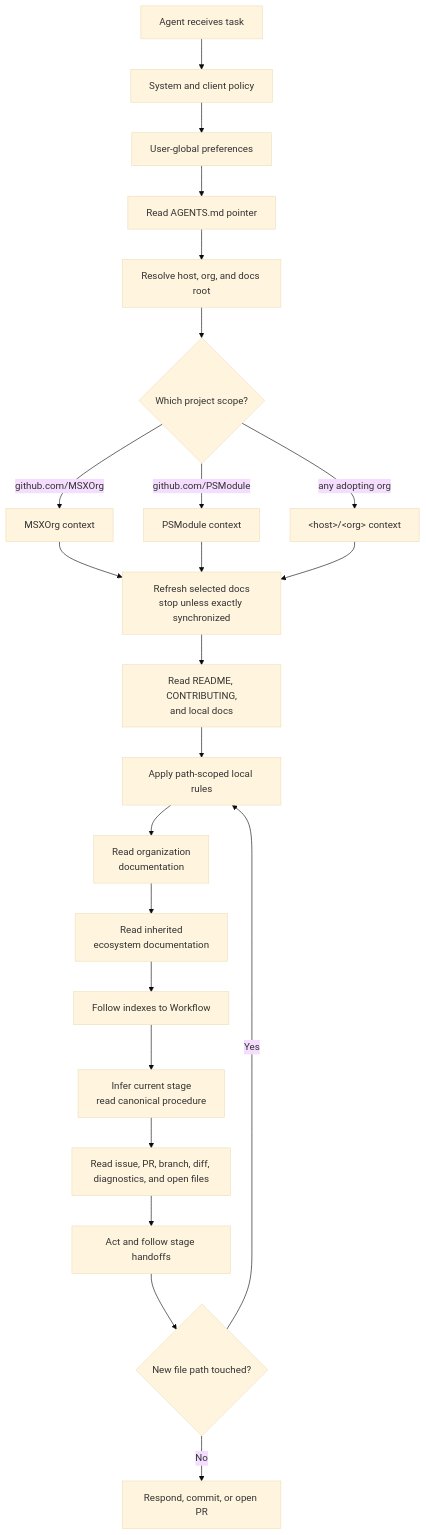
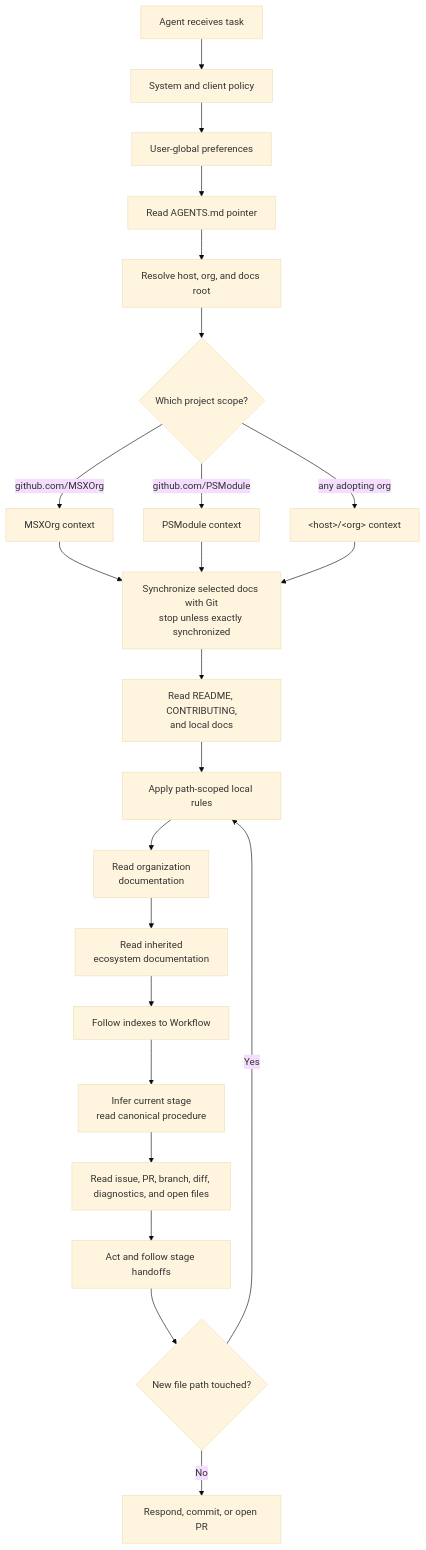
The diagram in src/docs/Capabilities/agentic-development/design.md (MSXOrg/docs), drawn with Mermaid (base theme) before and after one commit. The commit also changed other lines of this file and 11 other files, not shown here.

````diff
--- a/src/docs/Capabilities/agentic-development/design.md
+++ b/src/docs/Capabilities/agentic-development/design.md
@@ -100,29 +100,29 @@
 ```mermaid
 flowchart TD
   start["Agent receives task"] --> policy["System and client policy"]
   policy --> user["User-global preferences"]
   user --> pointer["Read AGENTS.md pointer"]
   pointer --> locate["Resolve host, org, and docs root"]
 
   locate --> host{"Which project scope?"}
   host -->|"github.com/MSXOrg"| msx["MSXOrg context"]
   host -->|"github.com/PSModule"| psmodule["PSModule context"]
   host -->|"any adopting org"| other["&lt;host&gt;/&lt;org&gt; context"]
 
-  msx --> refresh["Refresh selected docs<br/>stop unless exactly synchronized"]
+  msx --> refresh["Synchronize selected docs with Git<br/>stop unless exactly synchronized"]
   psmodule --> refresh
   other --> refresh
   refresh --> repo["Read README, CONTRIBUTING,<br/>and local docs"]
   repo --> path["Apply path-scoped local rules"]
   path --> orgdocs["Read organization<br/>documentation"]
   orgdocs --> docs["Read inherited<br/>ecosystem documentation"]
   docs --> workflow["Follow indexes to Workflow"]
 
   workflow --> stage["Infer current stage<br/>read canonical procedure"]
   stage --> task["Read issue, PR, branch, diff, diagnostics, and open files"]
   task --> act["Act and follow stage handoffs"]
 
   act --> newpath{"New file path touched?"}
   newpath -->|"Yes"| path
   newpath -->|"No"| done["Respond, commit, or open PR"]
 ```
````
